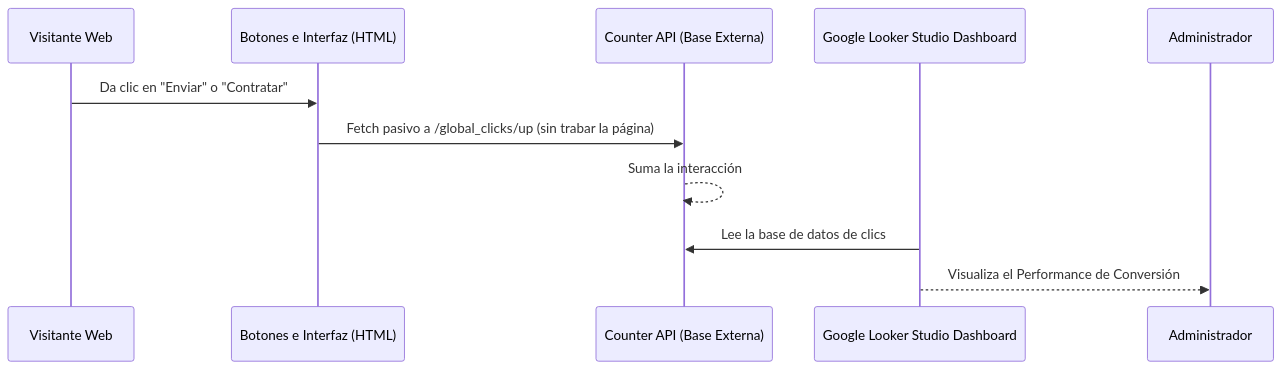
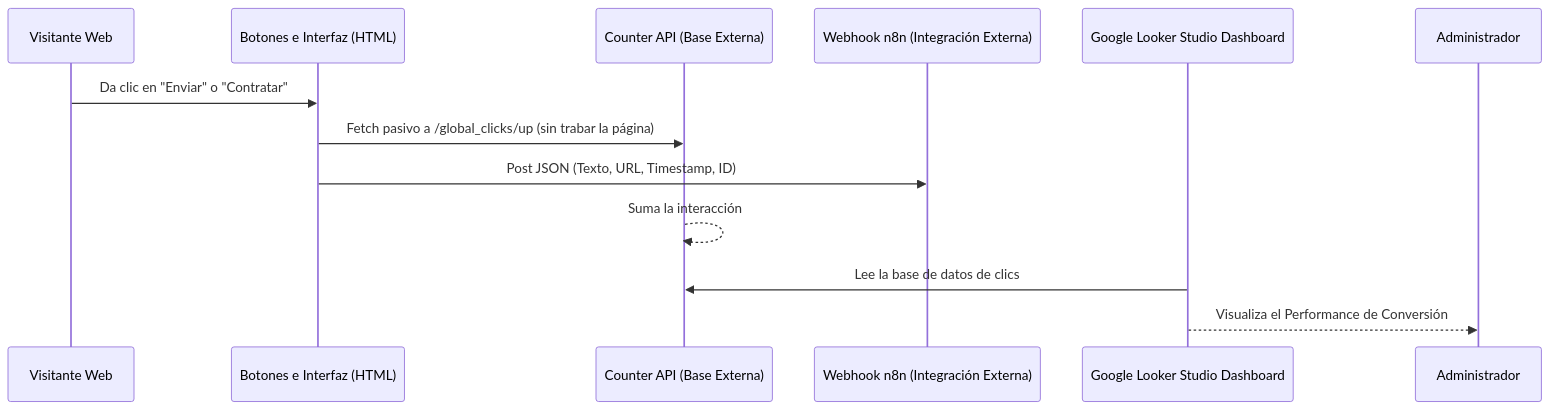
One commit to AXELONGO/AXELONGO.github.io changed the second of 4 diagrams in DOCUMENTACION_DESARROLLADOR.md. Above: the diagram before and after it, drawn with Mermaid. The commit also changed other lines of this file, not shown here.

````diff
--- a/DOCUMENTACION_DESARROLLADOR.md
+++ b/DOCUMENTACION_DESARROLLADOR.md
@@ -36,13 +38,15 @@
 ```mermaid
 sequenceDiagram
     participant Usuario as Visitante Web
     participant UI as Botones e Interfaz (HTML)
     participant CounterAPI as Counter API (Base Externa)
+    participant Webhook as Webhook n8n (Integración Externa)
     participant Looker as Google Looker Studio Dashboard
 
     Usuario->>UI: Da clic en "Enviar" o "Contratar"
     UI->>CounterAPI: Fetch pasivo a /global_clicks/up (sin trabar la página)
+    UI->>Webhook: Post JSON (Texto, URL, Timestamp, ID)
     CounterAPI-->>CounterAPI: Suma la interacción
     Looker->>CounterAPI: Lee la base de datos de clics
     Looker-->>Administrador: Visualiza el Performance de Conversión
 ```
````
